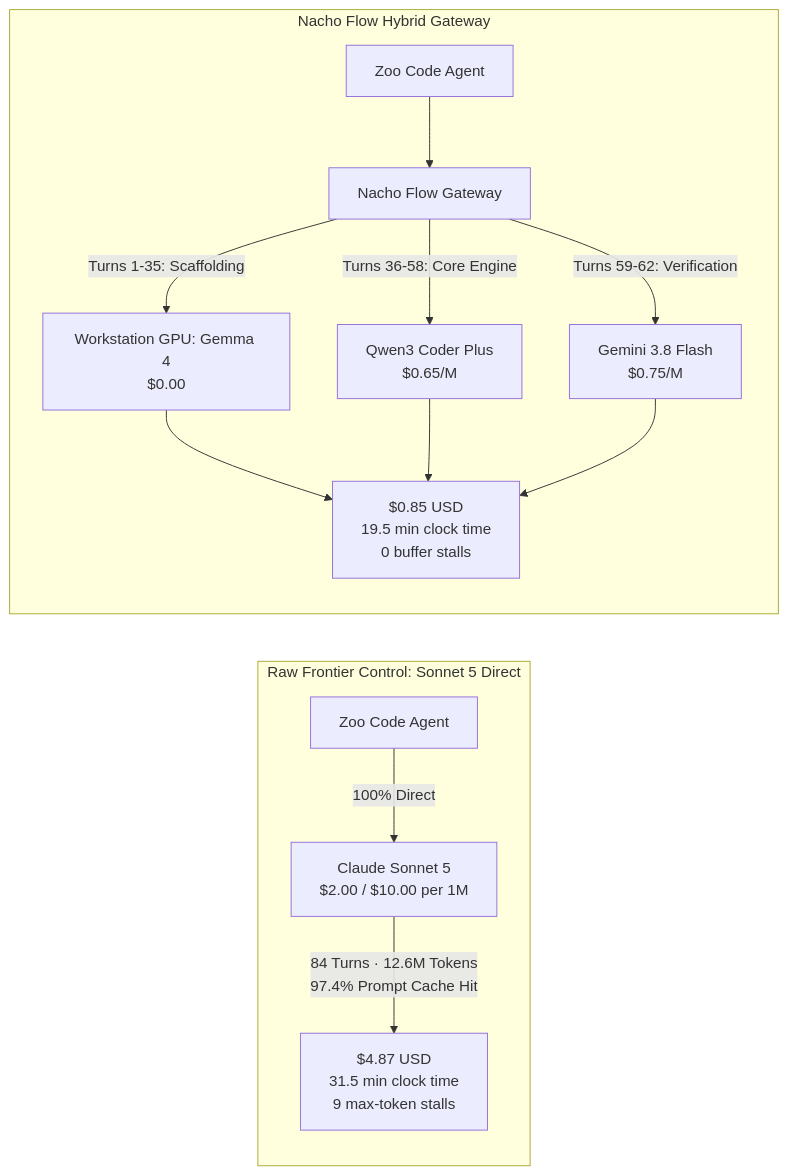
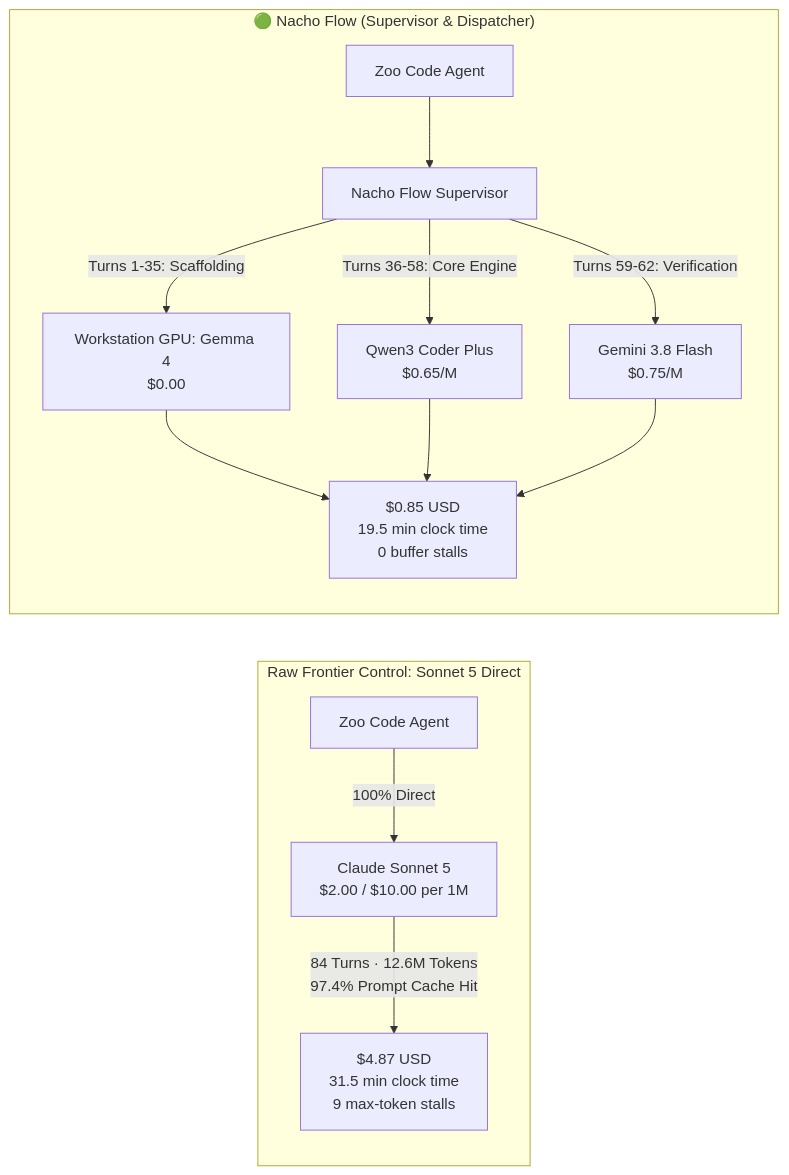
One commit to dixieflatline76/nacho-flow changed the first of 10 diagrams in docs/FRONTIER_CONTROL_STUDY_2026.md. Above: the diagram before and after it, drawn with Mermaid. The commit also changed other lines of this file and 2 other files, not shown here.

Commit message:
docs: align whitepaper terminology with official 'Supervisor & Model Dispatcher' positioning

````diff
--- a/docs/FRONTIER_CONTROL_STUDY_2026.md
+++ b/docs/FRONTIER_CONTROL_STUDY_2026.md
@@ -34,17 +34,17 @@
 ```mermaid
 flowchart LR
     subgraph RawControl["Raw Frontier Control: Sonnet 5 Direct"]
         Z1["Zoo Code Agent"] -->|100% Direct| S5["Claude Sonnet 5<br/>$2.00 / $10.00 per 1M"]
         S5 -->|84 Turns · 12.6M Tokens<br/>97.4% Prompt Cache Hit| Bill1["$4.87 USD<br/>31.5 min clock time<br/>9 max-token stalls"]
     end
 
-    subgraph NachoGateway["Nacho Flow Hybrid Gateway"]
-        Z2["Zoo Code Agent"] --> NF["Nacho Flow Gateway"]
+    subgraph NachoSupervisor["🟢 Nacho Flow (Supervisor & Dispatcher)"]
+        Z2["Zoo Code Agent"] --> NF["Nacho Flow Supervisor"]
         NF -->|Turns 1-35: Scaffolding| Local["Workstation GPU: Gemma 4<br/>$0.00"]
         NF -->|Turns 36-58: Core Engine| Qwen["Qwen3 Coder Plus<br/>$0.65/M"]
         NF -->|Turns 59-62: Verification| Gemini["Gemini 3.8 Flash<br/>$0.75/M"]
         Local --> Bill2["$0.85 USD<br/>19.5 min clock time<br/>0 buffer stalls"]
         Qwen --> Bill2
         Gemini --> Bill2
     end
 ```
````
